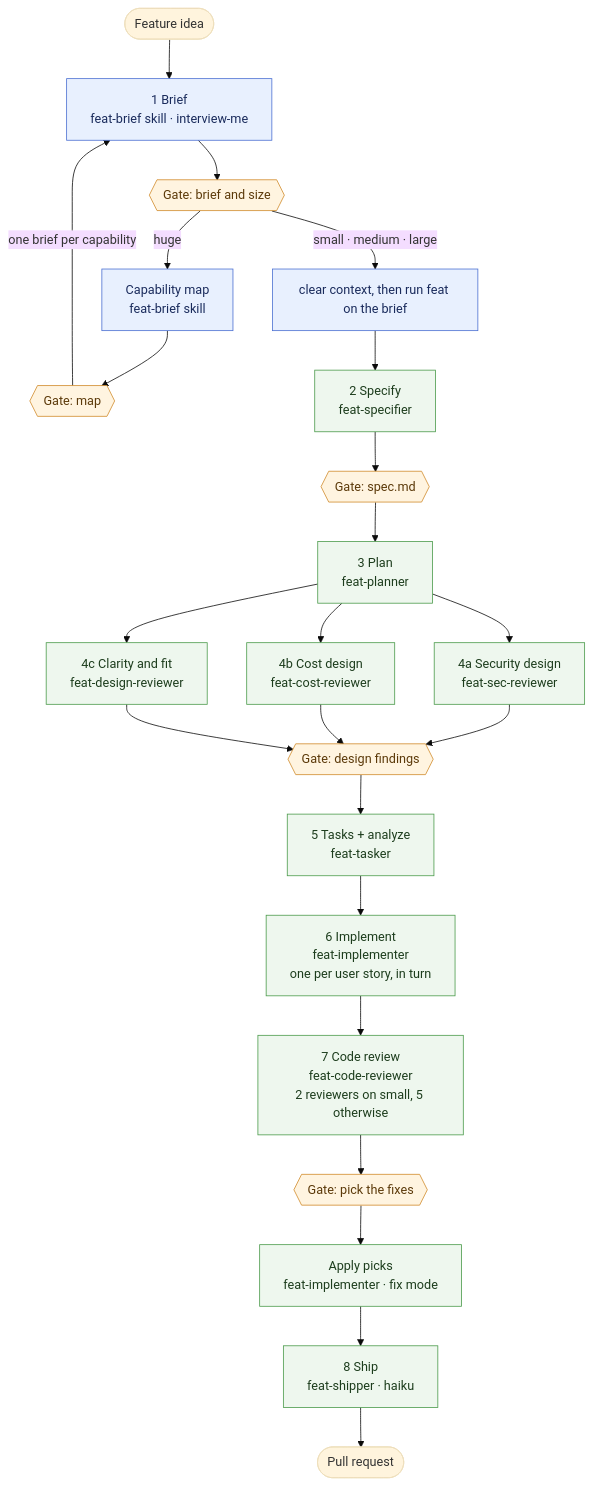
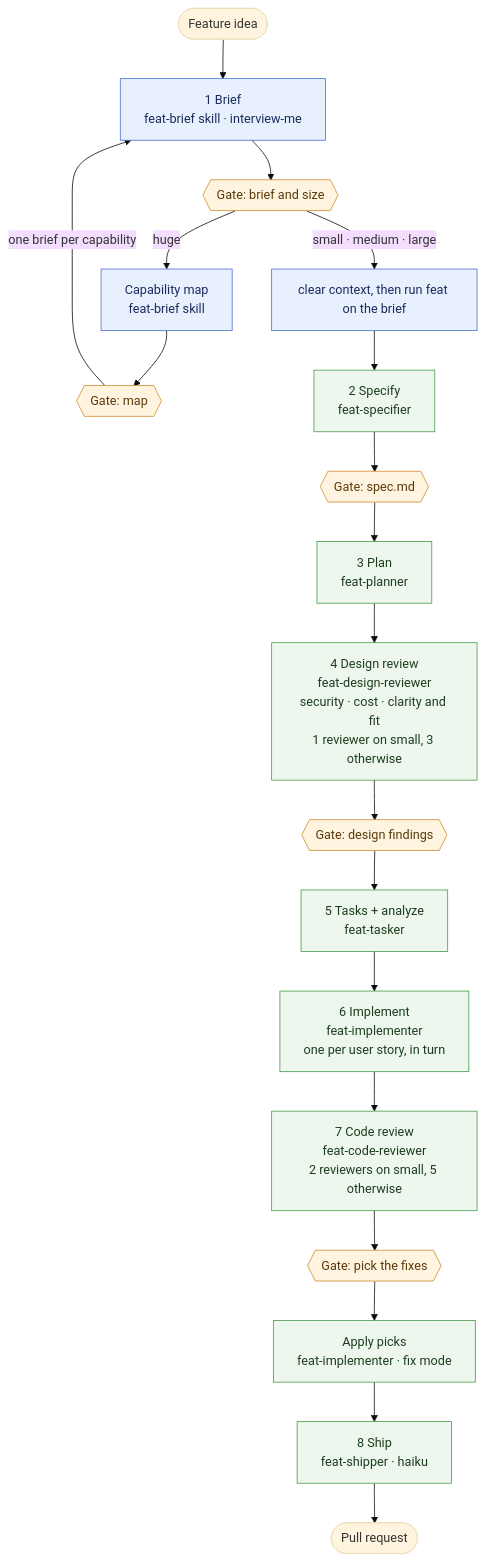
The diagram in README.md (pdemagny/feat-agent), drawn with Mermaid (base theme) before and after one commit. The commit also changed other lines of this file and 12 other files, not shown here.

Commit message:
feat(feat): one design reviewer with lenses, a single one on small

````diff
--- a/README.md
+++ b/README.md
@@ -18,32 +18,28 @@
 ```mermaid
 flowchart TD
     idea([Feature idea]) --> P1["1 Brief<br/>feat-brief skill · interview-me"]
     P1 --> G1{{"Gate: brief and size"}}
     G1 -- huge --> MAP["Capability map<br/>feat-brief skill"]
     MAP --> GM{{"Gate: map"}}
     GM -- "one brief per capability" --> P1
     G1 -- "small · medium · large" --> CLR["clear context, then run feat on the brief"]
     CLR --> P2["2 Specify<br/>feat-specifier"]
     P2 --> G2{{"Gate: spec.md"}}
     G2 --> P3["3 Plan<br/>feat-planner"]
-    P3 --> P4a["4a Security design<br/>feat-sec-reviewer"]
-    P3 --> P4b["4b Cost design<br/>feat-cost-reviewer"]
-    P3 --> P4c["4c Clarity and fit<br/>feat-design-reviewer"]
-    P4a --> G4{{"Gate: design findings"}}
-    P4b --> G4
-    P4c --> G4
+    P3 --> P4["4 Design review<br/>feat-design-reviewer<br/>security · cost · clarity and fit<br/>1 reviewer on small, 3 otherwise"]
+    P4 --> G4{{"Gate: design findings"}}
     G4 --> P5["5 Tasks + analyze<br/>feat-tasker"]
     P5 --> P6["6 Implement<br/>feat-implementer<br/>one per user story, in turn"]
     P6 --> P7["7 Code review<br/>feat-code-reviewer<br/>2 reviewers on small, 5 otherwise"]
     P7 --> G7{{"Gate: pick the fixes"}}
     G7 --> P7f["Apply picks<br/>feat-implementer · fix mode"]
     P7f --> P8["8 Ship<br/>feat-shipper · haiku"]
     P8 --> PR([Pull request])
 
     classDef you fill:#e8f0fe,stroke:#4a6fd1,color:#1a2b5c
     classDef agent fill:#eef7ee,stroke:#4a9a4a,color:#1d3d1d
     classDef gate fill:#fff4e0,stroke:#d18b2a,color:#5c3a0a
     class P1,MAP,CLR you
-    class P2,P3,P4a,P4b,P4c,P5,P6,P7,P7f,P8 agent
+    class P2,P3,P4,P5,P6,P7,P7f,P8 agent
     class G1,GM,G2,G4,G7 gate
 ```
````
